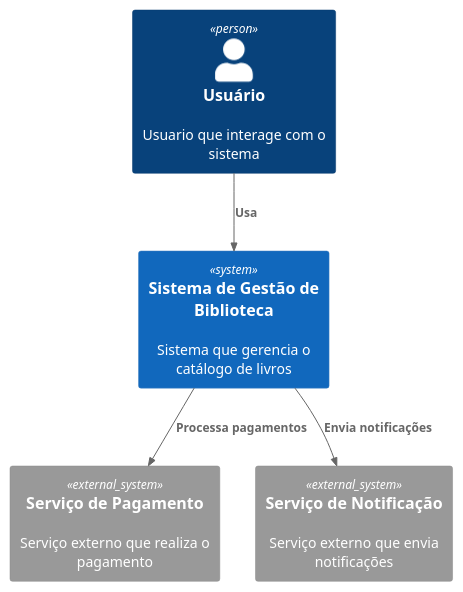
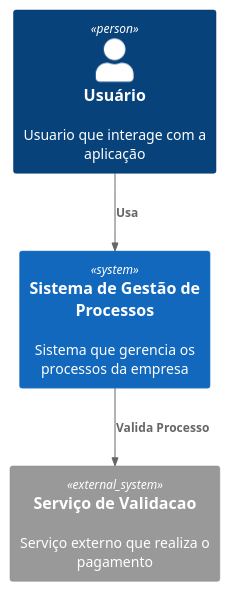
Before and after one commit to samoryfiotec/C4: the diagram in Contexto.puml, drawn with PlantUML. The commit also changed 4 other files, not shown here.

Commit message:
Refatorar diagramas para representar processos de aplicação e atualizar atributos de classe.

```diff
--- a/Contexto.puml
+++ b/Contexto.puml
@@ -1,13 +1,11 @@
-@startuml BibliotecaContext
+@startuml AplicacaoContext
 !includeurl https://raw.githubusercontent.com/plantuml-stdlib/C4-PlantUML/master/C4_Context.puml
 
-Person(usuario, "Usuário", "Usuario que interage com o sistema")
-System(sistemaGestao, "Sistema de Gestão de Biblioteca", "Sistema que gerencia o catálogo de livros")
-System_Ext(servicoPagamento, "Serviço de Pagamento", "Serviço externo que realiza o pagamento")
-System_Ext(servicoNotificacao, "Serviço de Notificação", "Serviço externo que envia notificações")
+Person(usuario, "Usuário", "Usuario que interage com a aplicação")
+System(sistemaProcessos, "Sistema de Gestão de Processos", "Sistema que gerencia os processos da empresa")
+System_Ext(servicoValidacao, "Serviço de Validacao", "Serviço externo que realiza o pagamento")
 
-Rel(usuario, sistemaGestao, "Usa")
-Rel(sistemaGestao, servicoPagamento, "Processa pagamentos")
-Rel(sistemaGestao, servicoNotificacao, "Envia notificações")
+Rel(usuario, sistemaProcessos, "Usa")
+Rel(sistemaProcessos, servicoValidacao, "Valida Processo")
 
 @enduml
```
